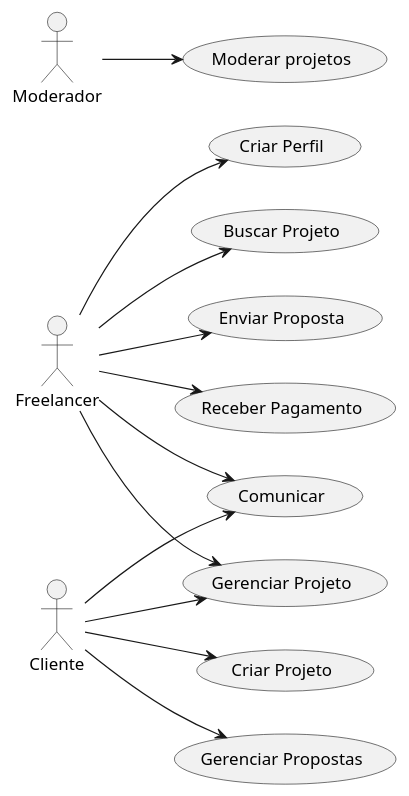
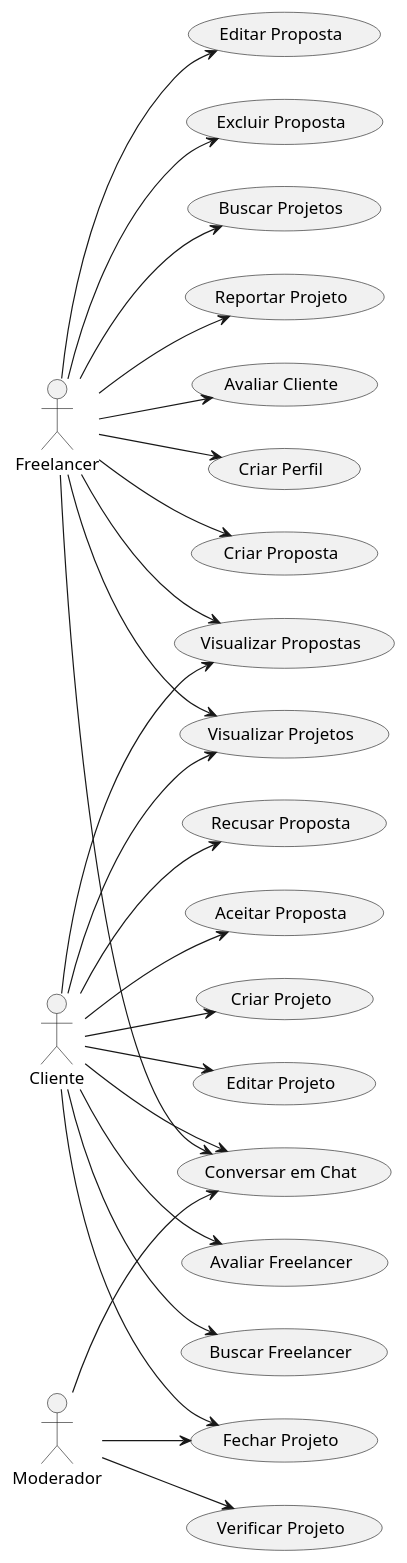
Before and after one commit to LucasNeiva/Eng-Software-II: the diagram in docs/casos_de_uso.puml, drawn with PlantUML. The commit also changed 2 other files, not shown here.

```diff
--- a/docs/casos_de_uso.puml
+++ b/docs/casos_de_uso.puml
@@ -1,21 +1,44 @@
 @startuml Casos de Uso
 
 left to right direction
 
 actor "Freelancer" as F
 actor "Cliente" as E
 actor "Moderador" as A
 
+F --> (Conversar em Chat)
+
 F --> (Criar Perfil)
-F --> (Buscar Projeto)
+
+F --> (Criar Proposta)
+F --> (Visualizar Propostas)
+F --> (Editar Proposta)
+F --> (Excluir Proposta)
+
+F --> (Visualizar Projetos)
+F --> (Buscar Projetos)
+F --> (Reportar Projeto)
+
+F --> (Avaliar Cliente)
+
+
+E --> (Conversar em Chat)
+
+E --> (Avaliar Freelancer)
+E --> (Buscar Freelancer)
+
+E --> (Recusar Proposta)
+E --> (Aceitar Proposta)
+E --> (Visualizar Propostas)
+
 E --> (Criar Projeto)
-F --> (Enviar Proposta)
-E --> (Gerenciar Propostas)
-F --> (Comunicar)
-E --> (Comunicar)
-F --> (Gerenciar Projeto)
-E --> (Gerenciar Projeto)
-F --> (Receber Pagamento)
-A --> (Moderar projetos)
+E --> (Editar Projeto)
+E --> (Fechar Projeto)
+E --> (Visualizar Projetos)
+
+
+A --> (Verificar Projeto)
+A --> (Fechar Projeto)
+A --> (Conversar em Chat)
 
 @enduml
```
